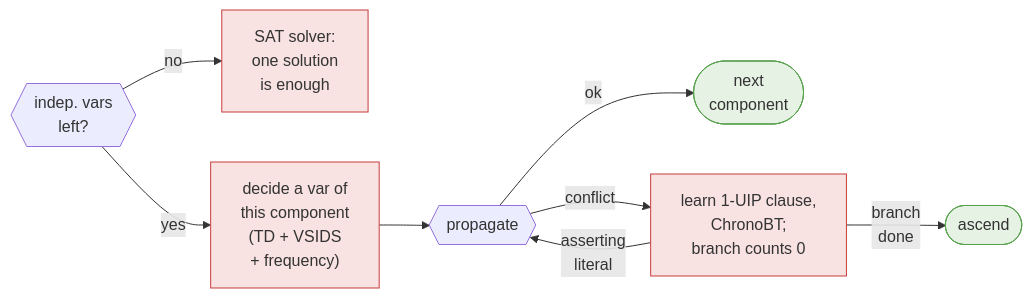
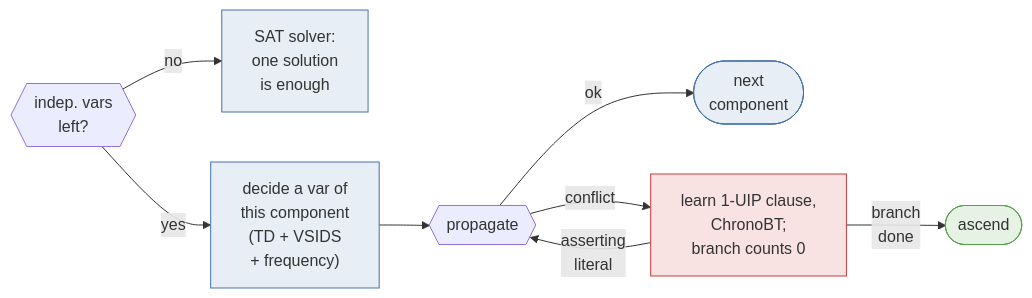
The diagram in figs/mermaid/descend.mmd (meelgroup/ganak-presentation), drawn with Mermaid before and after one commit. The commit also changed 6 other files, not shown here.

First line of the commit message:
Mermaid diagrams: consistent colours, red/green conflict label backgrounds

```diff
--- a/figs/mermaid/descend.mmd
+++ b/figs/mermaid/descend.mmd
@@ -1,14 +1,17 @@
 flowchart LR
   Q{{"indep. vars<br/>left?"}}
   Q -->|no| SAT["SAT solver:<br/>one solution<br/>is enough"]
   Q -->|yes| DEC["decide a var of<br/>this component<br/>(TD + VSIDS<br/>+ frequency)"]
   DEC --> P{{propagate}}
-  P -->|ok| OUT(["next<br/>component"])
-  P -->|conflict| UIP["learn 1-UIP clause,<br/>ChronoBT;<br/>branch counts 0"]
+  P -->|"<span class='lbl-green'>ok</span>"| OUT(["next<br/>component"])
+  P -->|"<span class='lbl-red'>conflict</span>"| UIP["learn 1-UIP clause,<br/>ChronoBT;<br/>branch counts 0"]
   UIP -->|"asserting<br/>literal"| P
   UIP -->|"branch<br/>done"| ASC([ascend])
 
-  classDef s fill:#f8e2e2,stroke:#c83c3c
-  classDef term fill:#e6f2e3,stroke:#59a14f
-  class DEC,SAT,UIP s
-  class OUT,ASC term
+  %% blue: search, red: conflict, green: counting
+  classDef search fill:#e8eef6,stroke:#4673aa
+  classDef confl fill:#f8e2e2,stroke:#c83c3c
+  classDef count fill:#e6f2e3,stroke:#59a14f
+  class DEC,SAT,OUT search
+  class UIP confl
+  class ASC count
```
